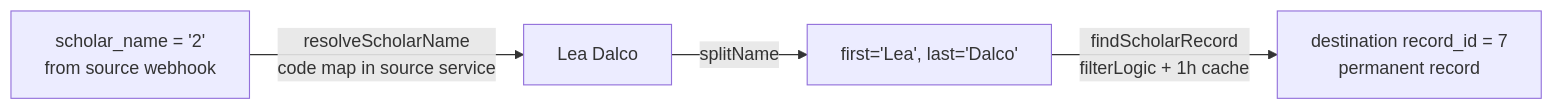
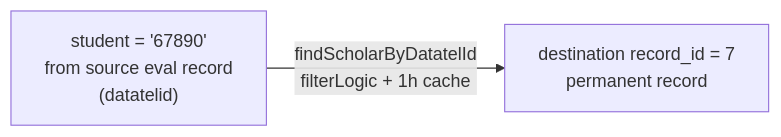
Before and after one commit to com-atg/OMM-SE: the fourth of 4 diagrams in Docs/redcap-integration.md, drawn with Mermaid. The commit also changed other lines of this file and 15 other files, not shown here.

Commit message:
Refactor NotifierController and related services to use `student` (datatelid) instead of `scholar_name`, and remove name resolution logic.

````diff
--- a/Docs/redcap-integration.md
+++ b/Docs/redcap-integration.md
@@ -167,6 +166,4 @@
 ```mermaid
 flowchart LR
-    A["scholar_name = '2'\nfrom source webhook"] -->|resolveScholarName\ncode map in source service| B["Lea Dalco"]
-    B -->|splitName| C["first='Lea', last='Dalco'"]
-    C -->|findScholarRecord\nfilterLogic + 1h cache| D["destination record_id = 7\npermanent record"]
+    A["student = '67890'\nfrom source eval record\n(datatelid)"] -->|findScholarByDatatelId\nfilterLogic + 1h cache| B["destination record_id = 7\npermanent record"]
 ```
````
